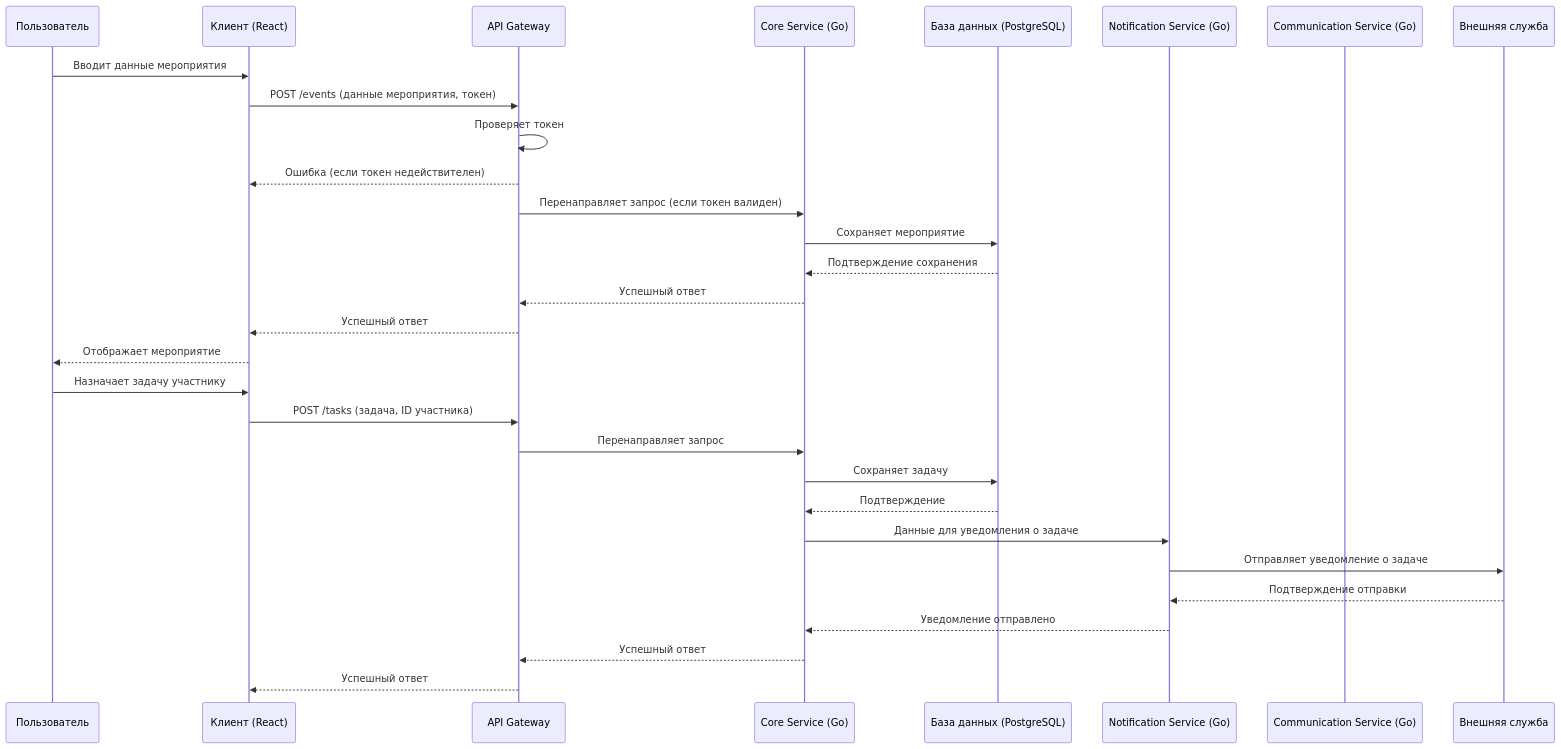
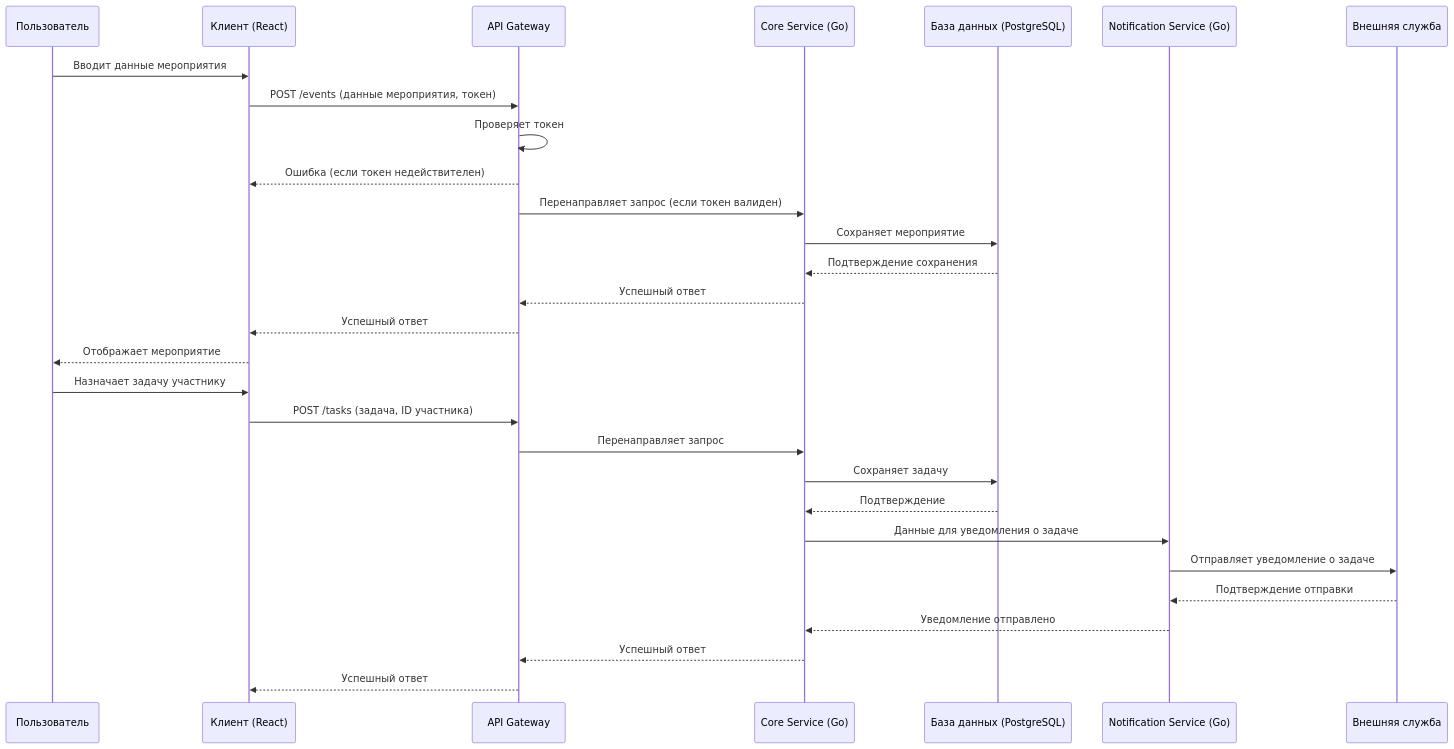
Before and after one commit to PabloPerdolie/eventManagement: the diagram in diagrams/sequence.md, drawn with Mermaid. The commit also changed 15 other files, not shown here.

`````diff
--- a/diagrams/sequence.md
+++ b/diagrams/sequence.md
@@ -1,34 +1,33 @@
 ````mermaid
 sequenceDiagram
     participant U as Пользователь
     participant C as Клиент (React)
     participant AG as API Gateway
     participant CS as Core Service (Go)
     participant DB as База данных (PostgreSQL)
     participant NS as Notification Service (Go)
-    participant CMS as Communication Service (Go)
     participant ES as Внешняя служба
 
     U ->> C: Вводит данные мероприятия
     C ->> AG: POST /events (данные мероприятия, токен)
     AG ->> AG: Проверяет токен
     AG -->> C: Ошибка (если токен недействителен)
     AG ->> CS: Перенаправляет запрос (если токен валиден)
     CS ->> DB: Сохраняет мероприятие
     DB -->> CS: Подтверждение сохранения
     CS -->> AG: Успешный ответ
     AG -->> C: Успешный ответ
     C -->> U: Отображает мероприятие
 
     U ->> C: Назначает задачу участнику
     C ->> AG: POST /tasks (задача, ID участника)
     AG ->> CS: Перенаправляет запрос
     CS ->> DB: Сохраняет задачу
     DB -->> CS: Подтверждение
     CS ->> NS: Данные для уведомления о задаче
     NS ->> ES: Отправляет уведомление о задаче
     ES -->> NS: Подтверждение отправки
     NS -->> CS: Уведомление отправлено
     CS -->> AG: Успешный ответ
     AG -->> C: Успешный ответ
 ````
`````
